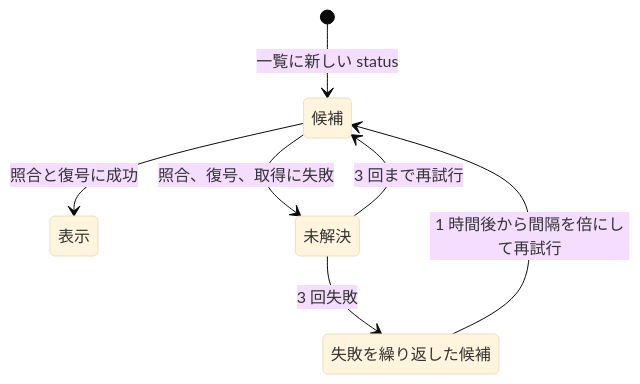
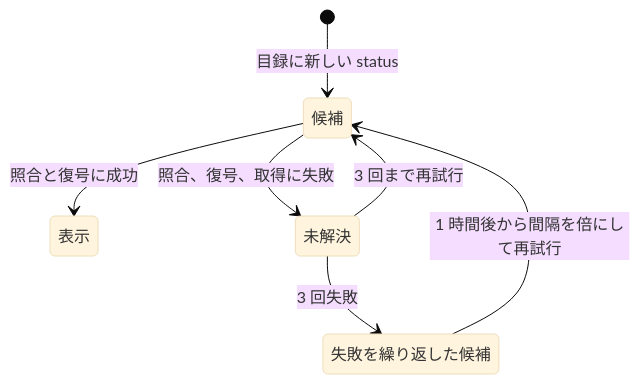
The second of 2 diagrams in docs/sync.md (sksat/ashidori), drawn with Mermaid (base theme) before and after one commit. The commit also changed other lines of this file and 26 other files, not shown here.

````diff
--- a/docs/sync.md
+++ b/docs/sync.md
@@ -40,13 +40,13 @@
 ```mermaid
 stateDiagram-v2
   state "候補" as cand
   state "表示" as ok
   state "未解決" as unres
   state "失敗を繰り返した候補" as ex
-  [*] --> cand: 一覧に新しい status
+  [*] --> cand: 目録に新しい status
   cand --> ok: 照合と復号に成功
   cand --> unres: 照合、復号、取得に失敗
   unres --> cand: 3 回まで再試行
   unres --> ex: 3 回失敗
   ex --> cand: 1 時間後から間隔を倍にして再試行
 ```
````
